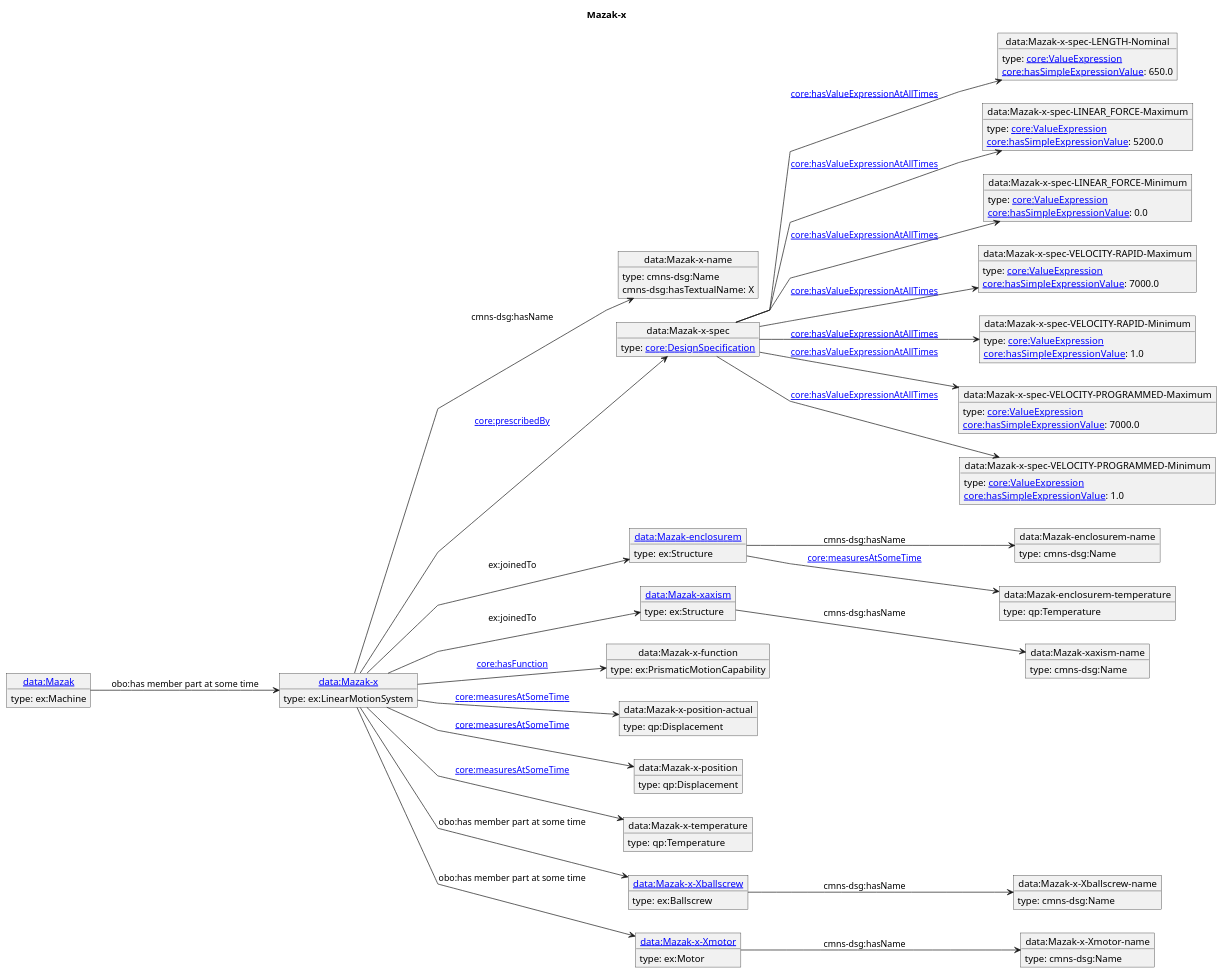
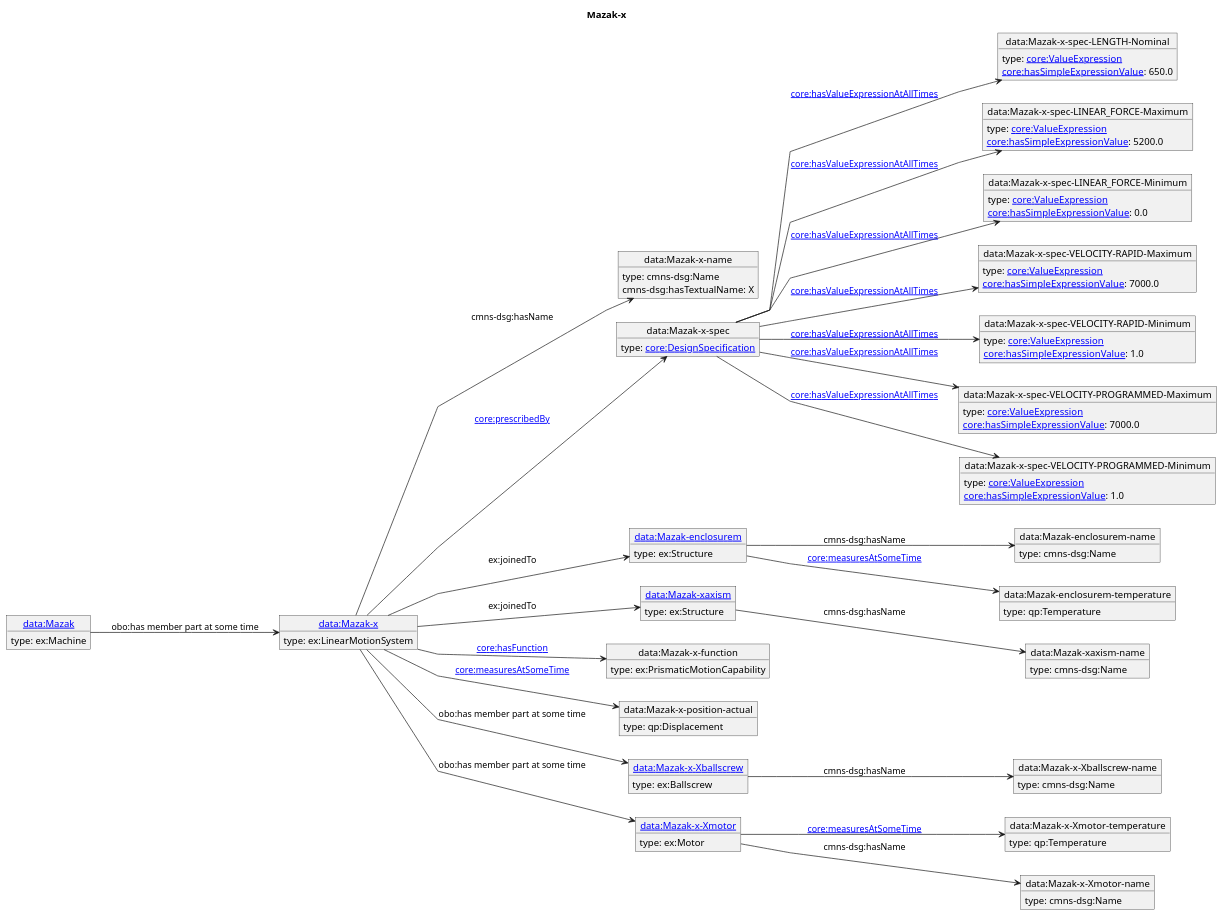
Before and after one commit to iofoundry/example-syseng-mtconnect: the diagram in diagrams/Mazak-x.puml, drawn with PlantUML. The commit also changed 25 other files, not shown here.

```diff
--- a/diagrams/Mazak-x.puml
+++ b/diagrams/Mazak-x.puml
@@ -1,108 +1,104 @@
 @startuml
 skinparam linetype polyline
 left to right direction
 title Mazak-x
 object "[[./Mazak-x.html data:Mazak-x]]" as o1 {
  type: ex:LinearMotionSystem 
 }
 object "data:Mazak-x-name" as o2 {
  type: cmns-dsg:Name 
 }
 object "data:Mazak-x-spec" as o3 {
  type: [[https://spec.industrialontologies.org/ontology/core/Core/DesignSpecification core:DesignSpecification]] 
 }
 object "data:Mazak-x-spec-LENGTH-Nominal" as o4 {
  type: [[https://spec.industrialontologies.org/ontology/core/Core/ValueExpression core:ValueExpression]] 
 }
 object "data:Mazak-x-spec-LINEAR_FORCE-Maximum" as o5 {
  type: [[https://spec.industrialontologies.org/ontology/core/Core/ValueExpression core:ValueExpression]] 
 }
 object "data:Mazak-x-spec-LINEAR_FORCE-Minimum" as o6 {
  type: [[https://spec.industrialontologies.org/ontology/core/Core/ValueExpression core:ValueExpression]] 
 }
 object "data:Mazak-x-spec-VELOCITY-RAPID-Maximum" as o7 {
  type: [[https://spec.industrialontologies.org/ontology/core/Core/ValueExpression core:ValueExpression]] 
 }
 object "data:Mazak-x-spec-VELOCITY-RAPID-Minimum" as o8 {
  type: [[https://spec.industrialontologies.org/ontology/core/Core/ValueExpression core:ValueExpression]] 
 }
 object "data:Mazak-x-spec-VELOCITY-PROGRAMMED-Maximum" as o9 {
  type: [[https://spec.industrialontologies.org/ontology/core/Core/ValueExpression core:ValueExpression]] 
 }
 object "data:Mazak-x-spec-VELOCITY-PROGRAMMED-Minimum" as o10 {
  type: [[https://spec.industrialontologies.org/ontology/core/Core/ValueExpression core:ValueExpression]] 
 }
 object "[[./Mazak-enclosurem.html data:Mazak-enclosurem]]" as o11 {
  type: ex:Structure 
 }
 object "data:Mazak-enclosurem-name" as o12 {
  type: cmns-dsg:Name 
 }
 object "data:Mazak-enclosurem-temperature" as o13 {
  type: qp:Temperature 
 }
 object "[[./Mazak-xaxism.html data:Mazak-xaxism]]" as o14 {
  type: ex:Structure 
 }
 object "data:Mazak-xaxism-name" as o15 {
  type: cmns-dsg:Name 
 }
 object "data:Mazak-x-function" as o16 {
  type: ex:PrismaticMotionCapability 
 }
 object "data:Mazak-x-position-actual" as o17 {
  type: qp:Displacement 
 }
-object "data:Mazak-x-position" as o18 {
- type: qp:Displacement 
+object "[[./Mazak-x-Xballscrew.html data:Mazak-x-Xballscrew]]" as o18 {
+ type: ex:Ballscrew 
 }
-object "data:Mazak-x-temperature" as o19 {
+object "data:Mazak-x-Xballscrew-name" as o19 {
+ type: cmns-dsg:Name 
+}
+object "[[./Mazak-x-Xmotor.html data:Mazak-x-Xmotor]]" as o20 {
+ type: ex:Motor 
+}
+object "data:Mazak-x-Xmotor-temperature" as o21 {
  type: qp:Temperature 
 }
-object "[[./Mazak-x-Xballscrew.html data:Mazak-x-Xballscrew]]" as o20 {
- type: ex:Ballscrew 
-}
-object "data:Mazak-x-Xballscrew-name" as o21 {
+object "data:Mazak-x-Xmotor-name" as o22 {
  type: cmns-dsg:Name 
 }
-object "[[./Mazak-x-Xmotor.html data:Mazak-x-Xmotor]]" as o22 {
- type: ex:Motor 
-}
-object "data:Mazak-x-Xmotor-name" as o23 {
- type: cmns-dsg:Name 
-}
-object "[[./Mazak.html data:Mazak]]" as o24 {
+object "[[./Mazak.html data:Mazak]]" as o23 {
  type: ex:Machine 
 }
 o1 --> o2 : cmns-dsg:hasName
 o2 : cmns-dsg:hasTextualName: X
 o1 --> o3 : [[https://spec.industrialontologies.org/ontology/core/Core/prescribedBy core:prescribedBy]]
 o3 --> o4 : [[https://spec.industrialontologies.org/ontology/core/Core/hasValueExpressionAtAllTimes core:hasValueExpressionAtAllTimes]]
 o4 : [[https://spec.industrialontologies.org/ontology/core/Core/hasSimpleExpressionValue core:hasSimpleExpressionValue]]: 650.0
 o3 --> o5 : [[https://spec.industrialontologies.org/ontology/core/Core/hasValueExpressionAtAllTimes core:hasValueExpressionAtAllTimes]]
 o5 : [[https://spec.industrialontologies.org/ontology/core/Core/hasSimpleExpressionValue core:hasSimpleExpressionValue]]: 5200.0
 o3 --> o6 : [[https://spec.industrialontologies.org/ontology/core/Core/hasValueExpressionAtAllTimes core:hasValueExpressionAtAllTimes]]
 o6 : [[https://spec.industrialontologies.org/ontology/core/Core/hasSimpleExpressionValue core:hasSimpleExpressionValue]]: 0.0
 o3 --> o7 : [[https://spec.industrialontologies.org/ontology/core/Core/hasValueExpressionAtAllTimes core:hasValueExpressionAtAllTimes]]
 o7 : [[https://spec.industrialontologies.org/ontology/core/Core/hasSimpleExpressionValue core:hasSimpleExpressionValue]]: 7000.0
 o3 --> o8 : [[https://spec.industrialontologies.org/ontology/core/Core/hasValueExpressionAtAllTimes core:hasValueExpressionAtAllTimes]]
 o8 : [[https://spec.industrialontologies.org/ontology/core/Core/hasSimpleExpressionValue core:hasSimpleExpressionValue]]: 1.0
 o3 --> o9 : [[https://spec.industrialontologies.org/ontology/core/Core/hasValueExpressionAtAllTimes core:hasValueExpressionAtAllTimes]]
 o9 : [[https://spec.industrialontologies.org/ontology/core/Core/hasSimpleExpressionValue core:hasSimpleExpressionValue]]: 7000.0
 o3 --> o10 : [[https://spec.industrialontologies.org/ontology/core/Core/hasValueExpressionAtAllTimes core:hasValueExpressionAtAllTimes]]
 o10 : [[https://spec.industrialontologies.org/ontology/core/Core/hasSimpleExpressionValue core:hasSimpleExpressionValue]]: 1.0
 o1 --> o11 : ex:joinedTo
 o11 --> o12 : cmns-dsg:hasName
 o11 --> o13 : [[https://spec.industrialontologies.org/ontology/core/Core/measuresAtSomeTime core:measuresAtSomeTime]]
 o1 --> o14 : ex:joinedTo
 o14 --> o15 : cmns-dsg:hasName
 o1 --> o16 : [[https://spec.industrialontologies.org/ontology/core/Core/hasFunction core:hasFunction]]
 o1 --> o17 : [[https://spec.industrialontologies.org/ontology/core/Core/measuresAtSomeTime core:measuresAtSomeTime]]
-o1 --> o18 : [[https://spec.industrialontologies.org/ontology/core/Core/measuresAtSomeTime core:measuresAtSomeTime]]
-o1 --> o19 : [[https://spec.industrialontologies.org/ontology/core/Core/measuresAtSomeTime core:measuresAtSomeTime]]
+o1 --> o18 : obo:has member part at some time
+o18 --> o19 : cmns-dsg:hasName
 o1 --> o20 : obo:has member part at some time
-o20 --> o21 : cmns-dsg:hasName
-o1 --> o22 : obo:has member part at some time
-o22 --> o23 : cmns-dsg:hasName
-o24 --> o1 : obo:has member part at some time
+o20 --> o21 : [[https://spec.industrialontologies.org/ontology/core/Core/measuresAtSomeTime core:measuresAtSomeTime]]
+o20 --> o22 : cmns-dsg:hasName
+o23 --> o1 : obo:has member part at some time
 @enduml
```
